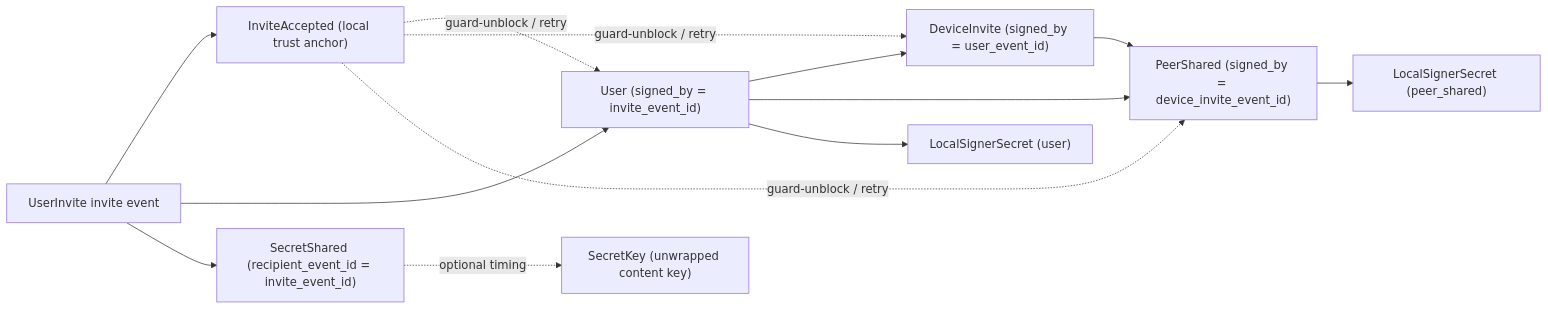
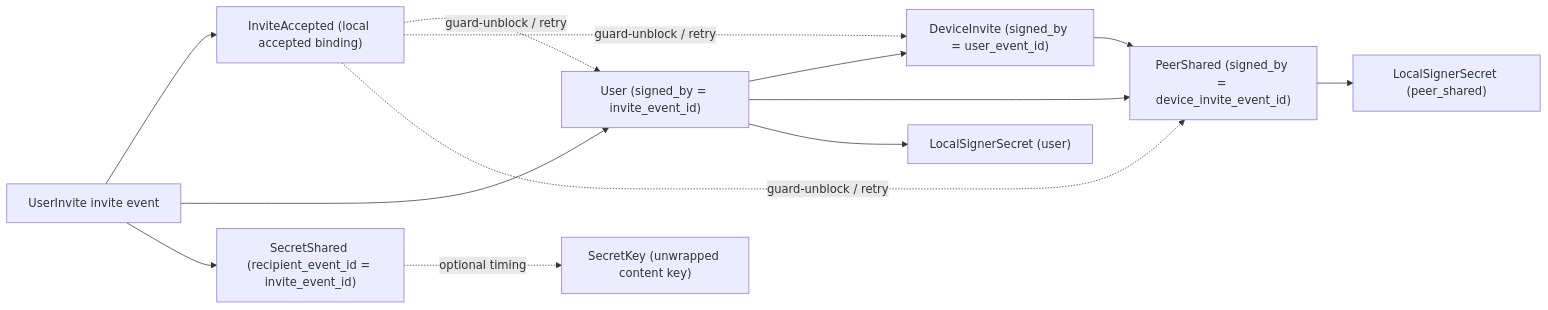
Before and after one commit to holmesworcester/topo: the seventh of 8 diagrams in docs/DESIGN_DIAGRAMS.md, drawn with Mermaid. The commit also changed other lines of this file and 6 other files, not shown here.

Commit message:
Align docs with invites_accepted binding model

````diff
--- a/docs/DESIGN_DIAGRAMS.md
+++ b/docs/DESIGN_DIAGRAMS.md
@@ -326,18 +326,18 @@
 ```mermaid
 flowchart LR
-    INV["UserInvite invite event"] --> IA["InviteAccepted (local trust anchor)"]
+    INV["UserInvite invite event"] --> IA["InviteAccepted (local accepted binding)"]
     INV --> UB["User (signed_by = invite_event_id)"]
     UB --> DIF["DeviceInvite (signed_by = user_event_id)"]
     DIF --> PSF["PeerShared (signed_by = device_invite_event_id)"]
     UB --> PSF
 
     INV --> SS["SecretShared (recipient_event_id = invite_event_id)"]
     SS -. optional timing .-> SK["SecretKey (unwrapped content key)"]
 
     PSF --> LSP["LocalSignerSecret (peer_shared)"]
     UB --> LSU["LocalSignerSecret (user)"]
 
     IA -. guard-unblock / retry .-> UB
     IA -. guard-unblock / retry .-> DIF
     IA -. guard-unblock / retry .-> PSF
 ```
````
